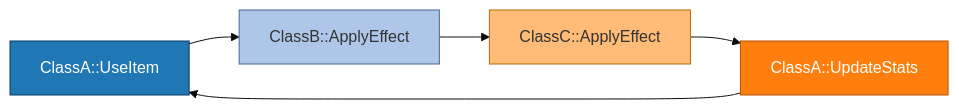
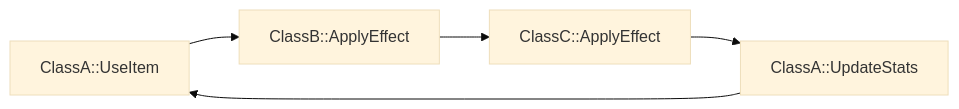
One commit to e-choness/portfolio-site changed the second of 3 diagrams in _posts/2024-06-03-pubsub-game-backend.md. Above: the diagram before and after it, drawn with Mermaid (base theme). The commit also changed other lines of this file and 3 other files, not shown here.

Commit message:
update neo theme to all diagrams

````diff
--- a/_posts/2024-06-03-pubsub-game-backend.md
+++ b/_posts/2024-06-03-pubsub-game-backend.md
@@ -170,12 +166,9 @@
 ```mermaid
 graph LR
     A[ClassA::UseItem] --> B[ClassB::ApplyEffect]
     B --> C[ClassC::ApplyEffect]
     C --> D[ClassA::UpdateStats]
     D --> A
 
-    style A fill:#1f77b4,stroke:#0b3a5e,color:#fff;
-    style B fill:#aec7e8,stroke:#486491;
-    style C fill:#ffbb78,stroke:#b26f00;
-    style D fill:#ff7f0e,stroke:#b35500,color:#fff;
+    class A,D accent
 ```
````
